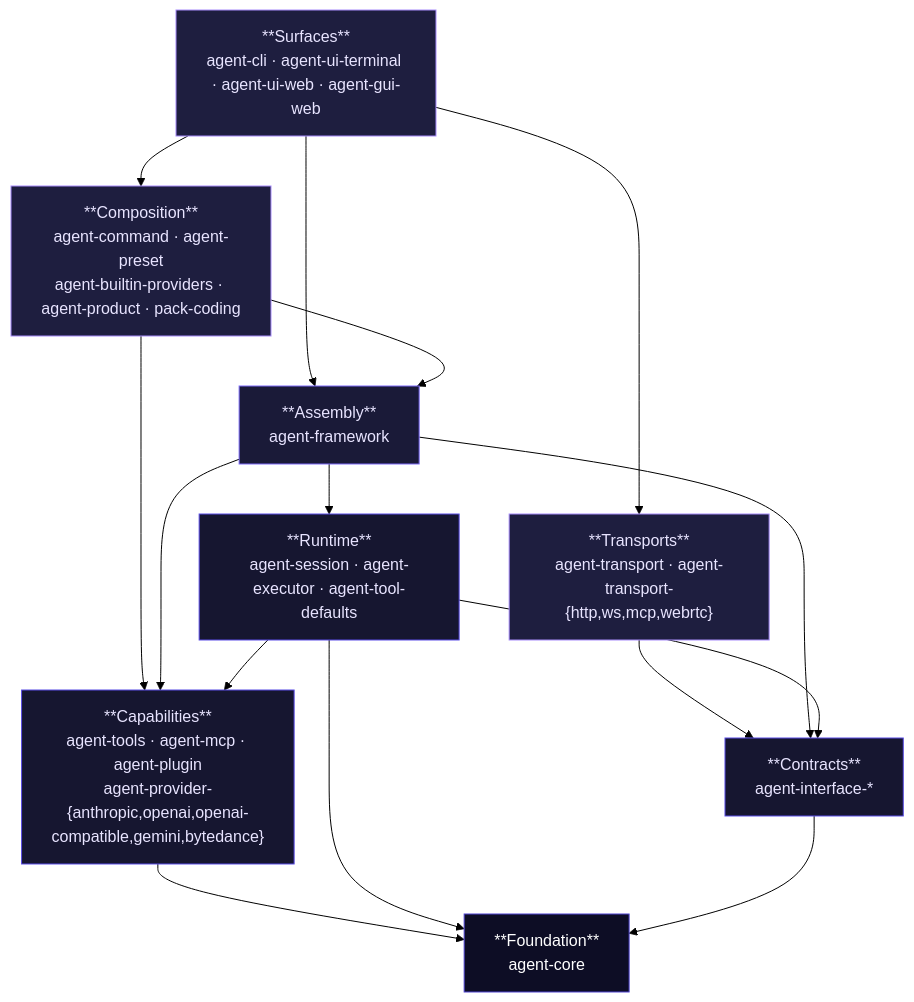
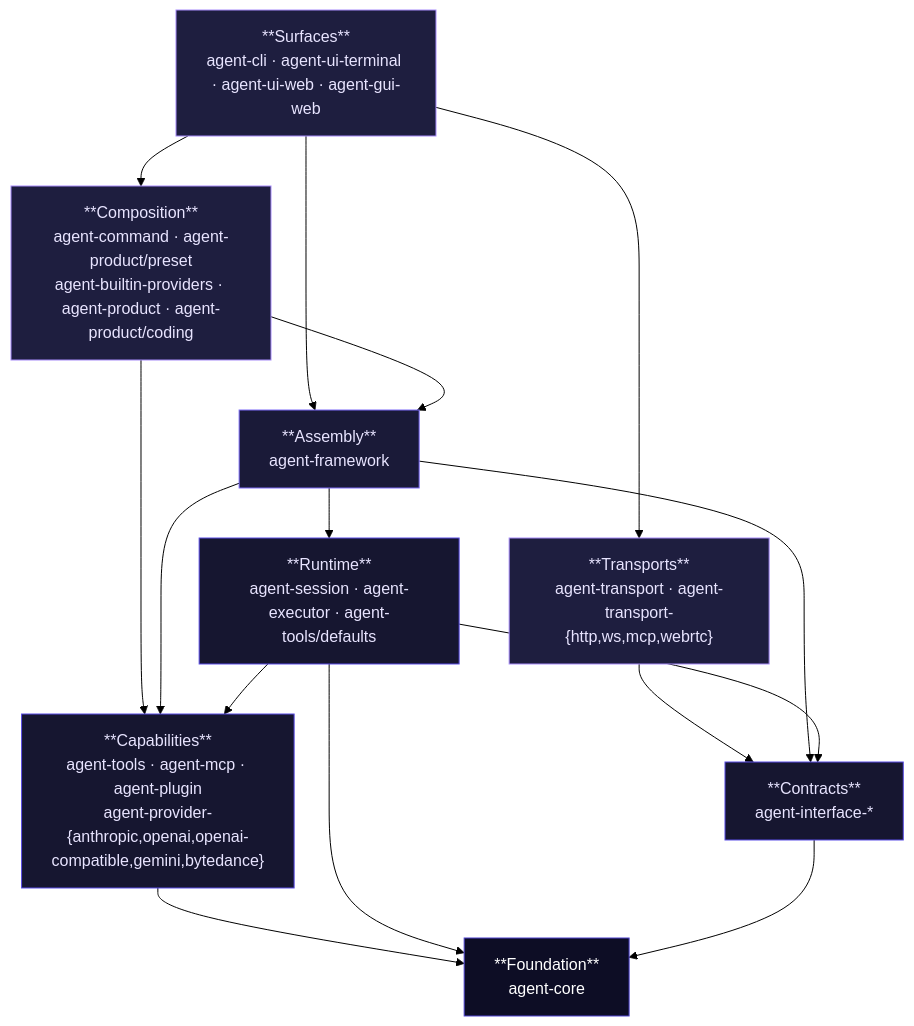
One commit to woojubb/robota changed the diagram in content/guide/architecture.md. Above: the diagram before and after it, drawn with Mermaid (forest theme). The commit also changed other lines of this file and 85 other files, not shown here.

````diff
--- a/content/guide/architecture.md
+++ b/content/guide/architecture.md
@@ -33,36 +33,36 @@
 ```mermaid
 flowchart TB
     SURF["**Surfaces**\nagent-cli · agent-ui-terminal · agent-ui-web · agent-gui-web"]
     TRANS["**Transports**\nagent-transport · agent-transport-{http,ws,mcp,webrtc}"]
-    COMP["**Composition**\nagent-command · agent-preset\nagent-builtin-providers · agent-product · pack-coding"]
+    COMP["**Composition**\nagent-command · agent-product/preset\nagent-builtin-providers · agent-product · agent-product/coding"]
     FW["**Assembly**\nagent-framework"]
-    RT["**Runtime**\nagent-session · agent-executor · agent-tool-defaults"]
+    RT["**Runtime**\nagent-session · agent-executor · agent-tools/defaults"]
     CAP["**Capabilities**\nagent-tools · agent-mcp · agent-plugin\nagent-provider-{anthropic,openai,openai-compatible,gemini,bytedance}"]
     IF["**Contracts**\nagent-interface-*"]
     CORE["**Foundation**\nagent-core"]
 
     SURF --> TRANS
     SURF --> COMP
     SURF --> FW
     COMP --> FW
     COMP --> CAP
     TRANS --> IF
     FW --> RT
     FW --> CAP
     FW --> IF
     RT --> IF
     RT --> CAP
     CAP --> CORE
     RT --> CORE
     IF --> CORE
 
     classDef edge fill:#1e1e3f,stroke:#a78bfa,color:#e8e4ff
     classDef framework fill:#1a1a38,stroke:#7c6bf7,color:#e8e4ff
     classDef general fill:#161630,stroke:#5a4de6,color:#e8e4ff
     classDef core fill:#0d0d25,stroke:#4f44d0,color:#fff
 
     class SURF,TRANS,COMP edge
     class FW framework
     class RT,CAP,IF general
     class CORE core
 ```
````
